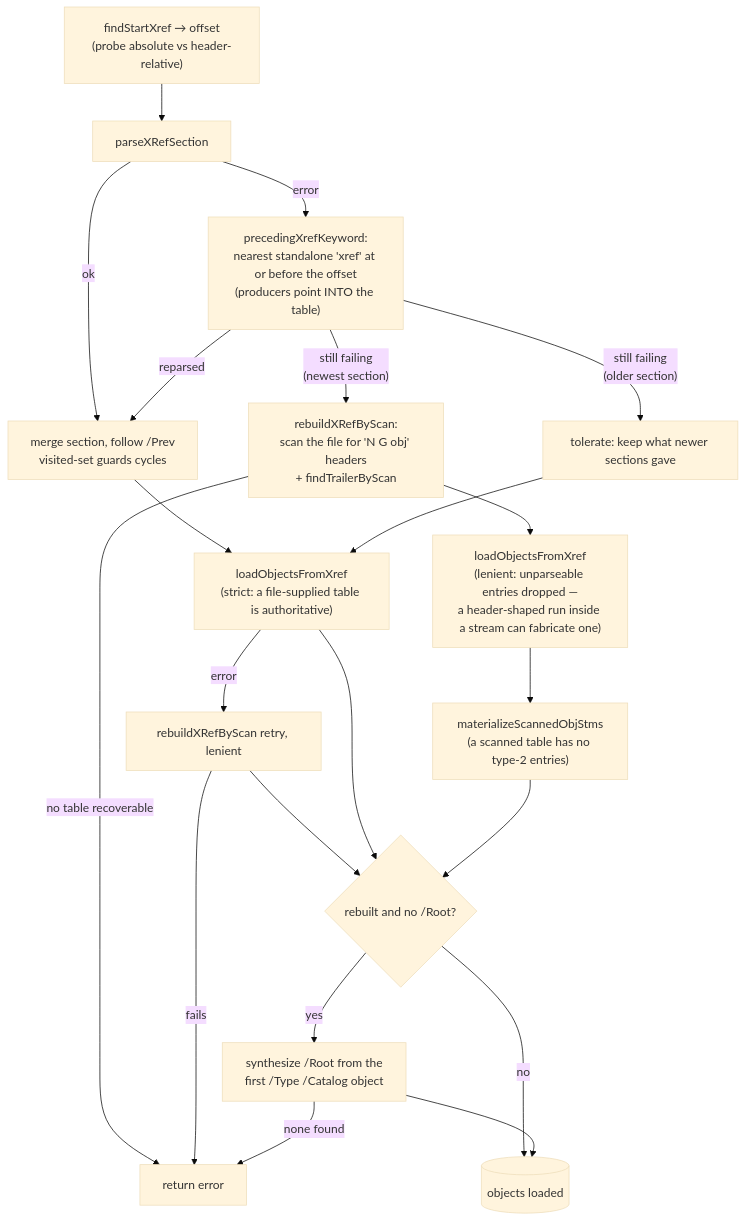
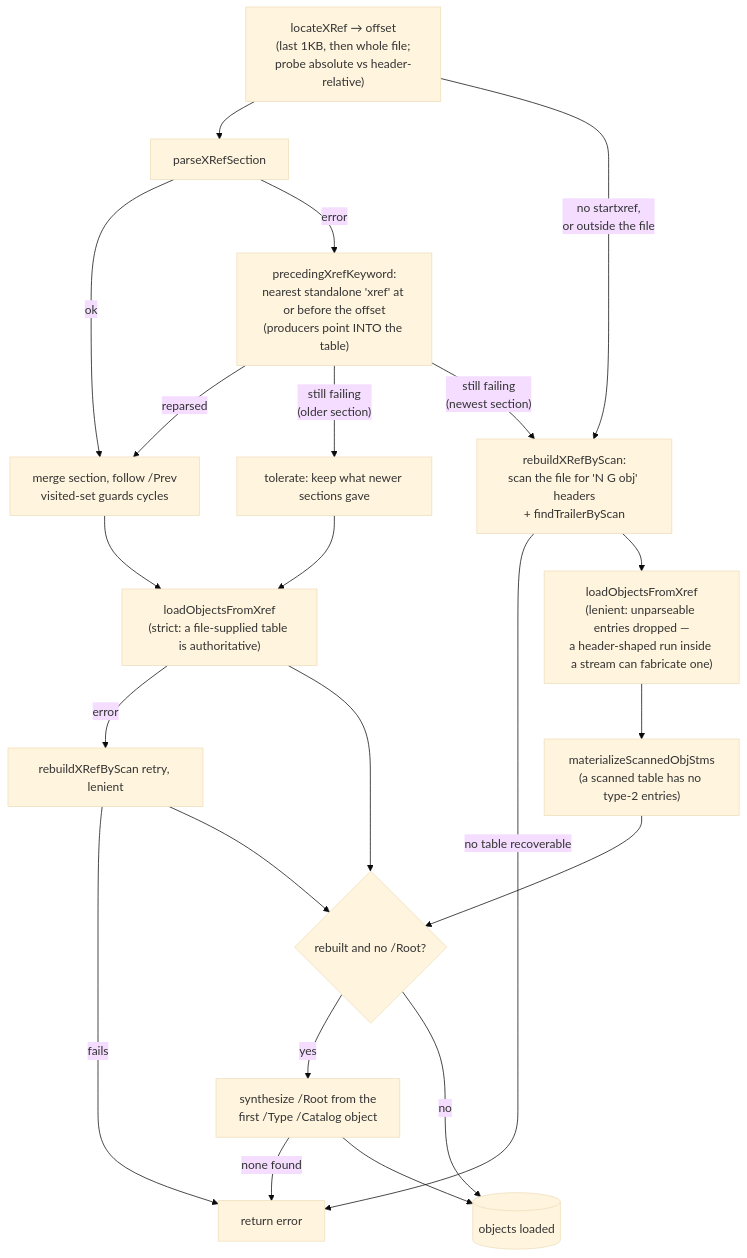
One commit to mgilbir/pdf0 changed the second of 3 diagrams in docs/architecture.md. Above: the diagram before and after it, drawn with Mermaid (base theme). The commit also changed other lines of this file and 5 other files, not shown here.

````diff
--- a/docs/architecture.md
+++ b/docs/architecture.md
@@ -149,26 +156,27 @@
 ```mermaid
 flowchart TD
-    ST["findStartXref → offset<br/>(probe absolute vs header-relative)"] --> PS[parseXRefSection]
+    ST["locateXRef → offset<br/>(last 1KB, then whole file;<br/>probe absolute vs header-relative)"] --> PS[parseXRefSection]
+    ST -->|"no startxref,<br/>or outside the file"| RB
     PS -->|ok| MERGE["merge section, follow /Prev<br/>visited-set guards cycles"]
     PS -->|error| PK["precedingXrefKeyword:<br/>nearest standalone 'xref' at or before the offset<br/>(producers point INTO the table)"]
     PK -->|reparsed| MERGE
     PK -->|"still failing<br/>(older section)"| TOL[tolerate: keep what newer sections gave]
     PK -->|"still failing<br/>(newest section)"| RB["rebuildXRefByScan:<br/>scan the file for 'N G obj' headers<br/>+ findTrailerByScan"]
     RB -->|no table recoverable| ERR[return error]
 
     MERGE --> LOAD["loadObjectsFromXref<br/>(strict: a file-supplied table is authoritative)"]
     TOL --> LOAD
     RB --> LOADL["loadObjectsFromXref<br/>(lenient: unparseable entries dropped —<br/>a header-shaped run inside a stream can fabricate one)"]
 
     LOAD -->|error| RB2[rebuildXRefByScan retry, lenient]
     RB2 -->|fails| ERR
     RB2 --> ROOT
     LOAD --> ROOT
     LOADL --> OBJSTM["materializeScannedObjStms<br/>(a scanned table has no type-2 entries)"]
     OBJSTM --> ROOT{rebuilt and no /Root?}
 
     ROOT -->|yes| SYN["synthesize /Root from the<br/>first /Type /Catalog object"]
     SYN -->|none found| ERR
     ROOT -->|no| OK[(objects loaded)]
     SYN --> OK
 ```
````
